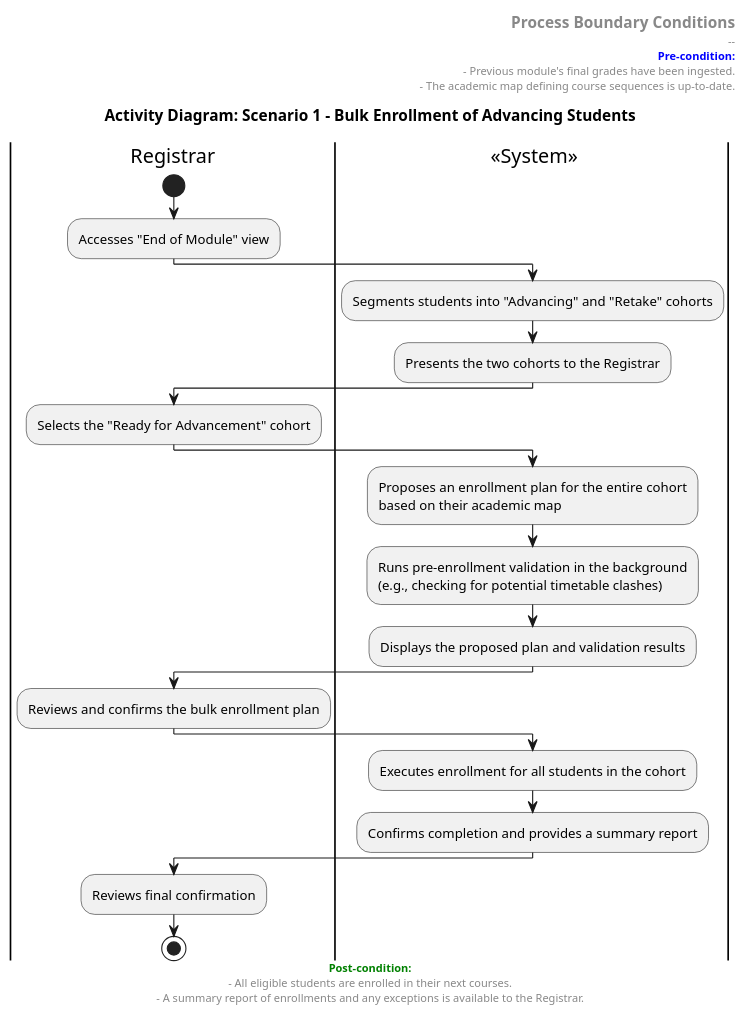
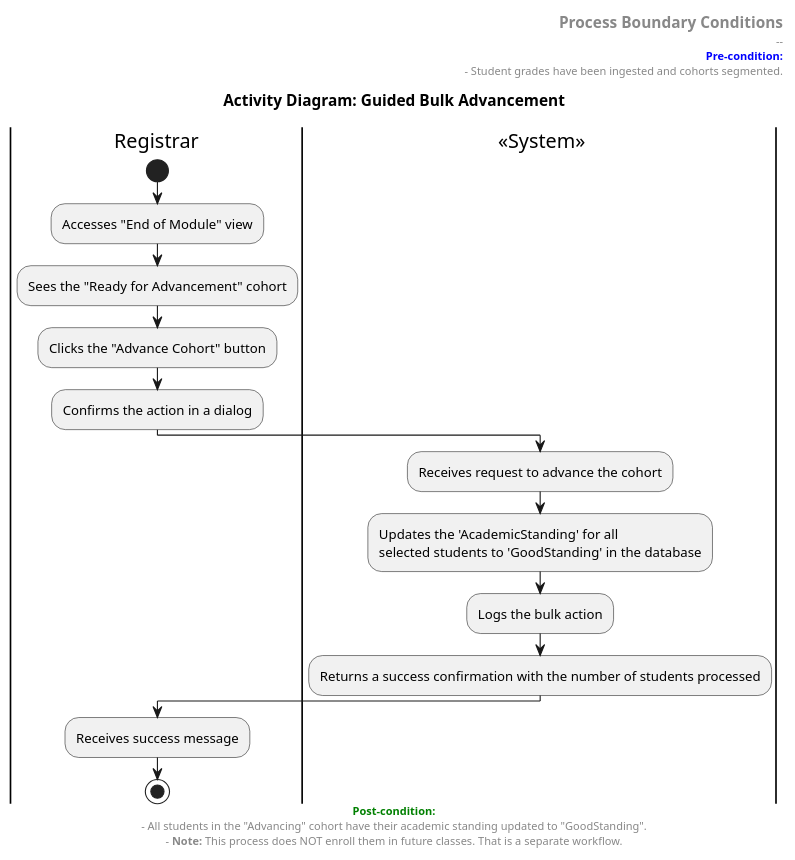
The diagram in resources/activity-diagram/scenarios/bulk-enrollment.puml (zrock-dev-backup/kawsay), drawn with PlantUML before and after one commit. The commit also changed 6 other files, not shown here.

```diff
--- a/resources/activity-diagram/scenarios/bulk-enrollment.puml
+++ b/resources/activity-diagram/scenarios/bulk-enrollment.puml
@@ -1,51 +1,41 @@
 @startuml
-title Activity Diagram: Scenario 1 - Bulk Enrollment of Advancing Students
+title Activity Diagram: Guided Bulk Advancement
 
 header
   <font size=14><b>Process Boundary Conditions</b></font>
   --
   <font color=blue><b>Pre-condition:</b></font>
-  - Previous module's final grades have been ingested.
-  - The academic map defining course sequences is up-to-date.
+  - Student grades have been ingested and cohorts segmented.
 endheader
 
 footer
   <font color=green><b>Post-condition:</b></font>
-  - All eligible students are enrolled in their next courses.
-  - A summary report of enrollments and any exceptions is available to the Registrar.
+  - All students in the "Advancing" cohort have their academic standing updated to "GoodStanding".
+  - **Note:** This process does NOT enroll them in future classes. That is a separate workflow.
 endfooter
 
 skinparam activity {
     BackgroundColor<<System>> LightBlue
     BorderColor<<System>> #0000FF
     BackgroundColor<<Registrar>> Beige
     BorderColor<<Registrar>> #8B4513
 }
 
 |Registrar|
 start
 :Accesses "End of Module" view;
+:Sees the "Ready for Advancement" cohort;
+:Clicks the "Advance Cohort" button;
+:Confirms the action in a dialog;
 
 |System| <<System>>
-:Segments students into "Advancing" and "Retake" cohorts;
-:Presents the two cohorts to the Registrar;
+:Receives request to advance the cohort;
+:Updates the 'AcademicStanding' for all
+selected students to 'GoodStanding' in the database;
+:Logs the bulk action;
+:Returns a success confirmation with the number of students processed;
 
 |Registrar|
-:Selects the "Ready for Advancement" cohort;
-
-|System| <<System>>
-:Proposes an enrollment plan for the entire cohort\nbased on their academic map;
-:Runs pre-enrollment validation in the background\n(e.g., checking for potential timetable clashes);
-:Displays the proposed plan and validation results;
-
-|Registrar|
-:Reviews and confirms the bulk enrollment plan;
-
-|System| <<System>>
-:Executes enrollment for all students in the cohort;
-:Confirms completion and provides a summary report;
-
-|Registrar|
-:Reviews final confirmation;
+:Receives success message;
 stop
 @enduml
```
